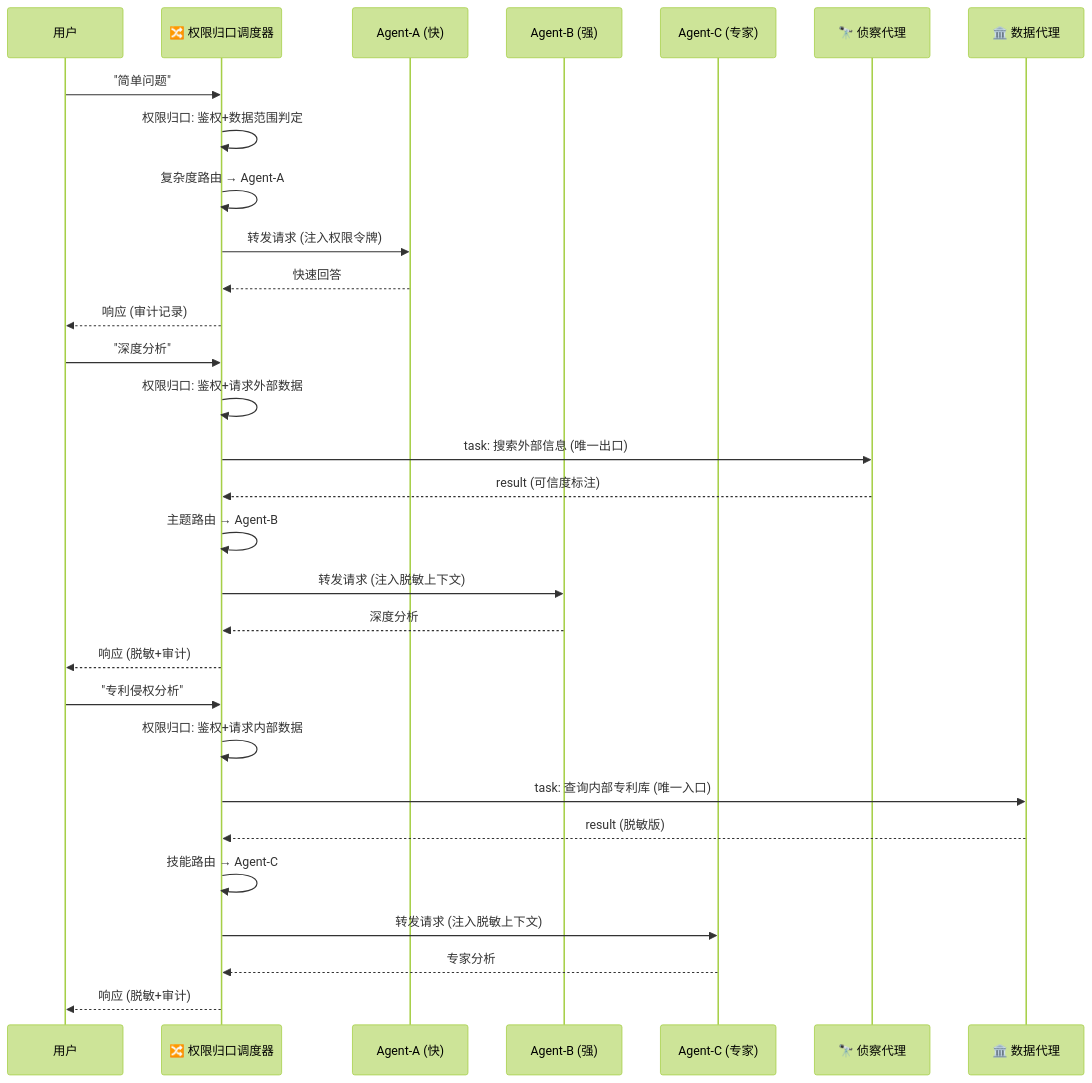
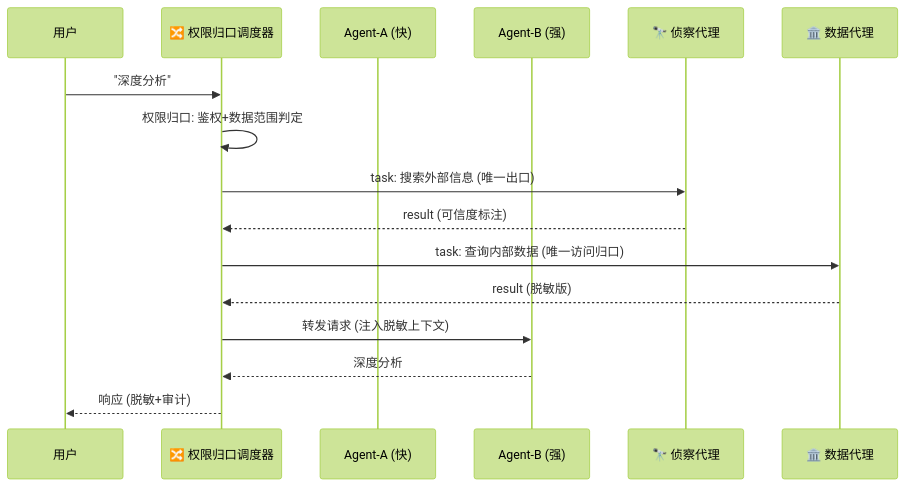
One commit to forestlei/hermes-agent changed the sixth of 11 diagrams in docs/distributed-multi-agent-architecture.md. Above: the diagram before and after it, drawn with Mermaid (forest theme). The commit also changed other lines of this file and 1 other file, not shown here.

Commit message:
[docs] 架构v3.1: 业务抽象6层(业务域→原子域→能力→流程→agent→系统对接)+原子域进化思想占位

````diff
--- a/docs/distributed-multi-agent-architecture.md
+++ b/docs/distributed-multi-agent-architecture.md
@@ -884,35 +1055,19 @@
 ```mermaid
 sequenceDiagram
     participant U as 用户
     participant G as 🔀 权限归口调度器
     participant A as Agent-A (快)
     participant B as Agent-B (强)
-    participant C as Agent-C (专家)
     participant S as 🔭 侦察代理
     participant V as 🏛️ 数据代理
 
-    U->>G: "简单问题"
+    U->>G: "深度分析"
     G->>G: 权限归口: 鉴权+数据范围判定
-    G->>G: 复杂度路由 → Agent-A
-    G->>A: 转发请求 (注入权限令牌)
-    A-->>G: 快速回答
-    G-->>U: 响应 (审计记录)
-
-    U->>G: "深度分析"
-    G->>G: 权限归口: 鉴权+请求外部数据
     G->>S: task: 搜索外部信息 (唯一出口)
     S-->>G: result (可信度标注)
-    G->>G: 主题路由 → Agent-B
+    G->>V: task: 查询内部数据 (唯一访问归口)
+    V-->>G: result (脱敏版)
     G->>B: 转发请求 (注入脱敏上下文)
     B-->>G: 深度分析
     G-->>U: 响应 (脱敏+审计)
-
-    U->>G: "专利侵权分析"
-    G->>G: 权限归口: 鉴权+请求内部数据
-    G->>V: task: 查询内部专利库 (唯一入口)
-    V-->>G: result (脱敏版)
-    G->>G: 技能路由 → Agent-C
-    G->>C: 转发请求 (注入脱敏上下文)
-    C-->>G: 专家分析
-    G-->>U: 响应 (脱敏+审计)
 ```
````
